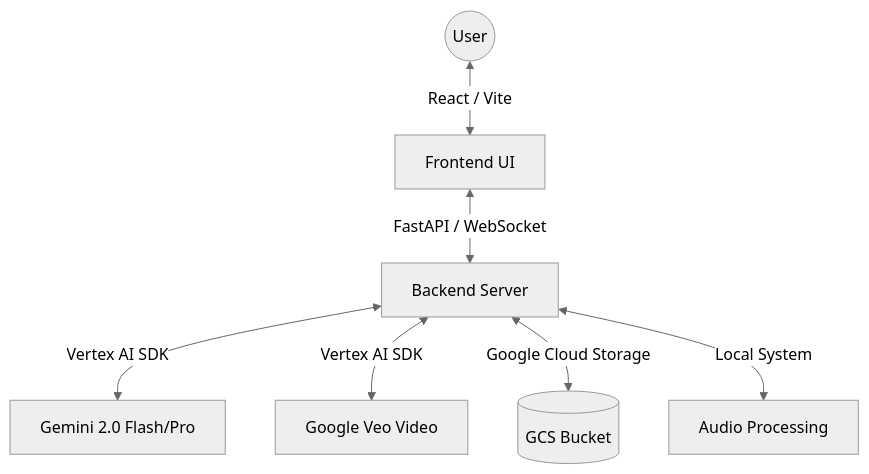
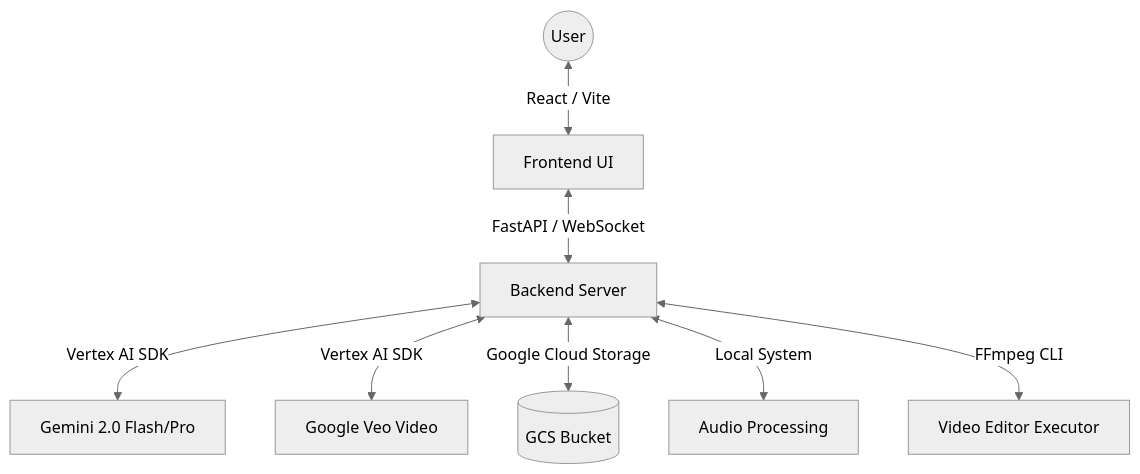
Before and after one commit to gauravz7/canvas: the diagram in README.md, drawn with Mermaid (neutral theme). The commit also changed other lines of this file and 11 other files, not shown here.

````diff
--- a/README.md
+++ b/README.md
@@ -7,9 +7,10 @@
 ```mermaid
 graph TD
     User((User)) <--> |React / Vite| Frontend[Frontend UI]
     Frontend <--> |FastAPI / WebSocket| Backend[Backend Server]
     Backend <--> |Vertex AI SDK| Gemini[Gemini 2.0 Flash/Pro]
     Backend <--> |Vertex AI SDK| Veo[Google Veo Video]
     Backend <--> |Google Cloud Storage| Storage[(GCS Bucket)]
     Backend <--> |Local System| Audio[Audio Processing]
+    Backend <--> |FFmpeg CLI| Editor[Video Editor Executor]
 ```
````
